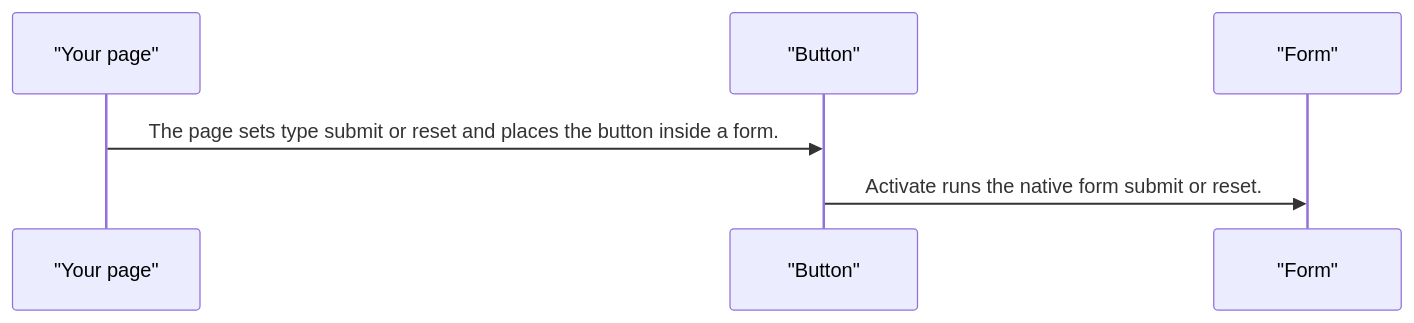
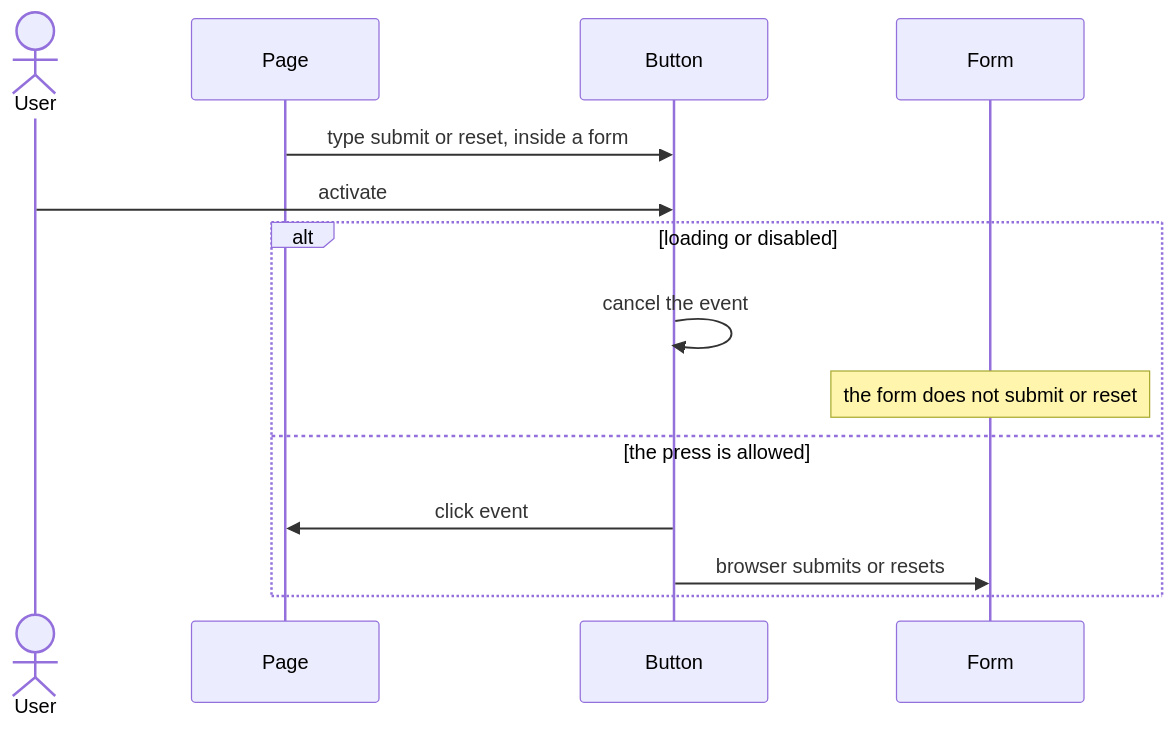
The eighth of 8 diagrams in projects/pixel-ui/src/lib/pixel-button/DESIGN.md (RajshekharBorate/pixel-ui), drawn with Mermaid before and after one commit. The commit also changed other lines of this file and 73 other files, not shown here.

Commit message:
Explain who owns each value and what each flow does in every component and service design.

````diff
--- a/projects/pixel-ui/src/lib/pixel-button/DESIGN.md
+++ b/projects/pixel-ui/src/lib/pixel-button/DESIGN.md
@@ -147,8 +243,17 @@
 ```mermaid
 sequenceDiagram
-  participant page as "Your page"
-  participant button as "Button"
-  participant form as "Form"
-  page->>button: The page sets type submit or reset and places the button inside a form.
-  button->>form: Activate runs the native form submit or reset.
+  actor User
+  participant Page
+  participant Button
+  participant Form
+
+  Page->>Button: type submit or reset, inside a form
+  User->>Button: activate
+  alt loading or disabled
+    Button->>Button: cancel the event
+    Note over Form: the form does not submit or reset
+  else the press is allowed
+    Button->>Page: click event
+    Button->>Form: browser submits or resets
+  end
 ```
````
